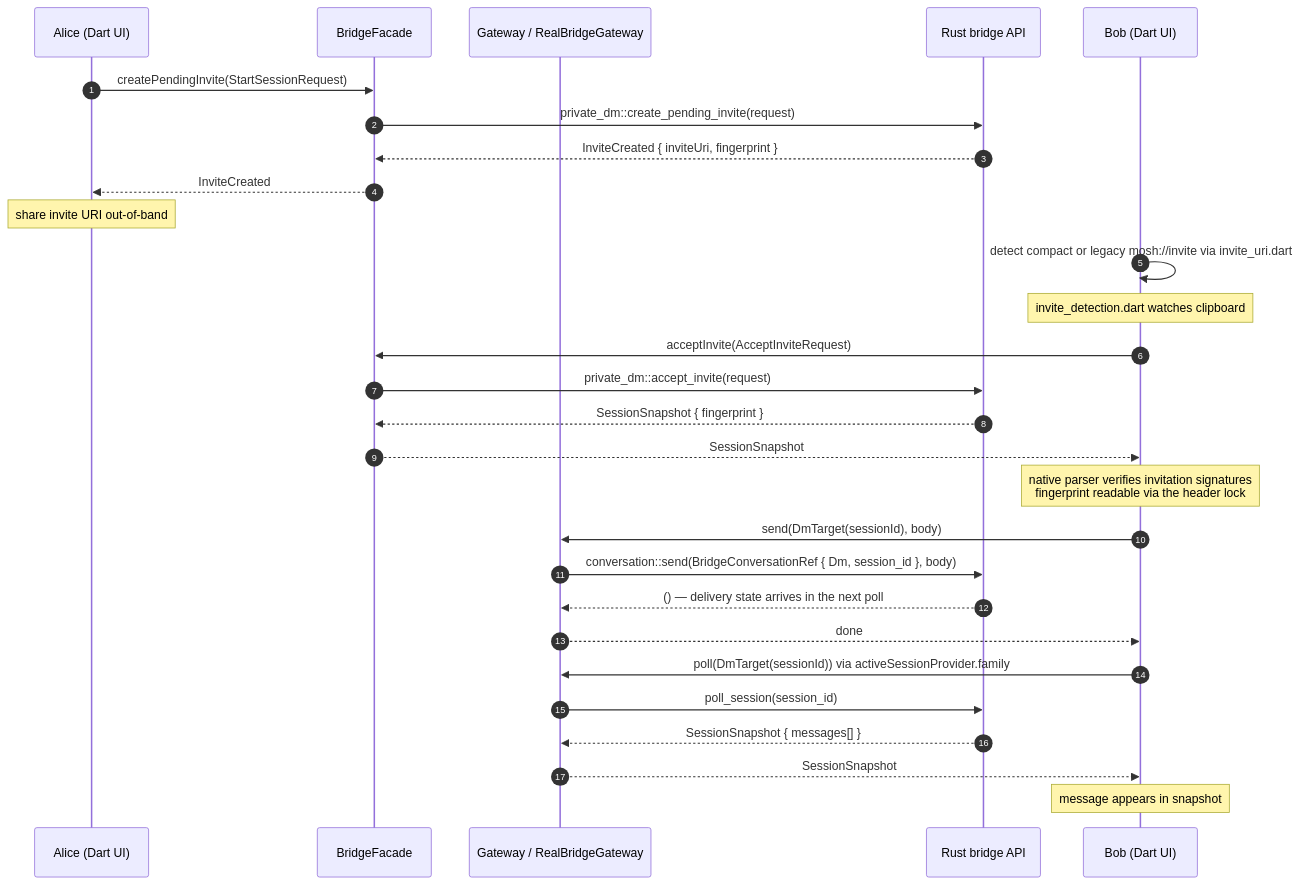
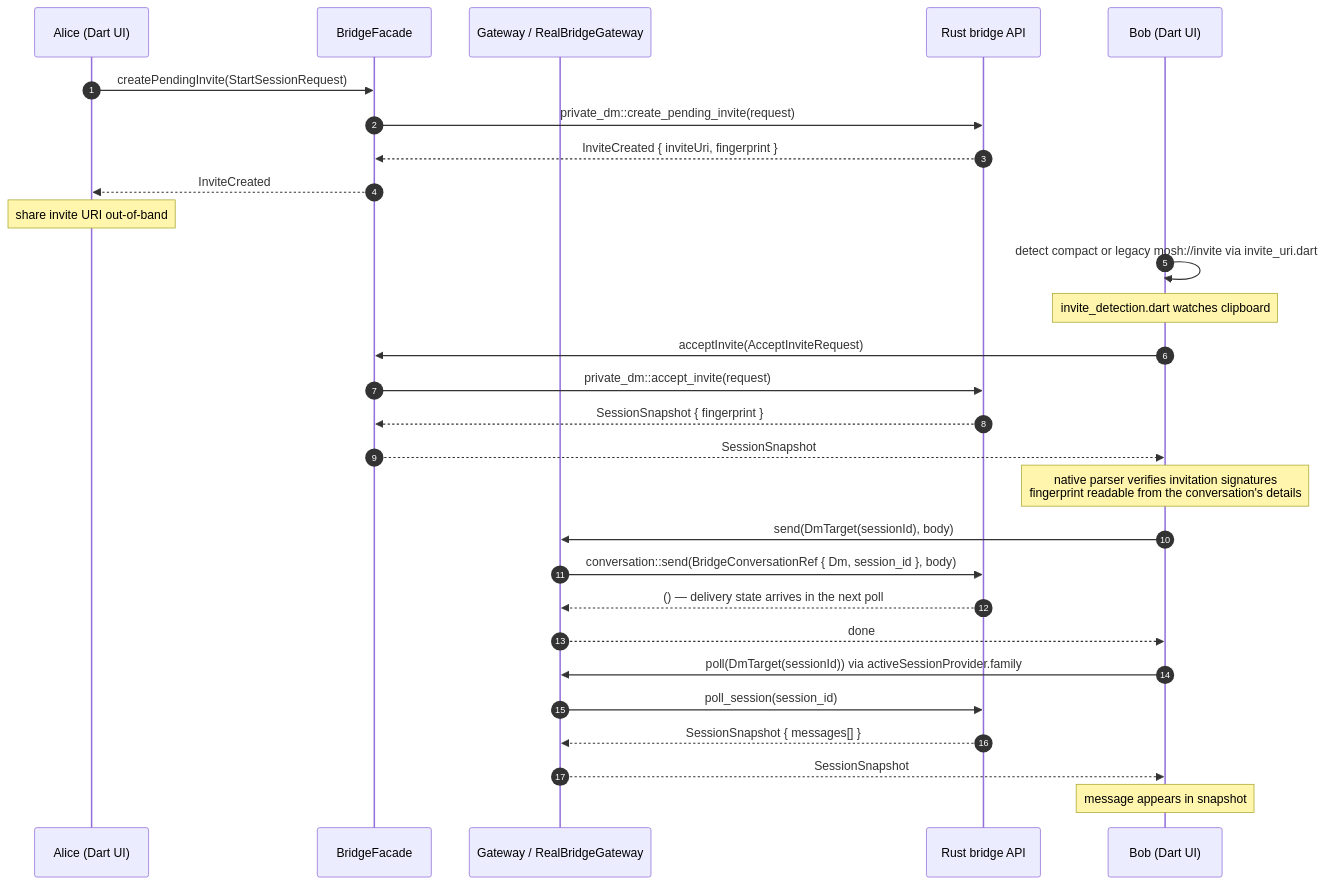
One commit to redstone-md/mosh-flutter changed the first of 5 diagrams in docs/Features/private-dm.md. Above: the diagram before and after it, drawn with Mermaid. The commit also changed other lines of this file and 139 other files, not shown here.

````diff
--- a/docs/Features/private-dm.md
+++ b/docs/Features/private-dm.md
@@ -16,31 +16,31 @@
 ```mermaid
 sequenceDiagram
     autonumber
     participant Alice as Alice (Dart UI)
     participant BF as BridgeFacade
     participant GW as Gateway / RealBridgeGateway
     participant Api as Rust bridge API
     participant Bob as Bob (Dart UI)
 
     Alice->>BF: createPendingInvite(StartSessionRequest)
     BF->>Api: private_dm::create_pending_invite(request)
     Api-->>BF: InviteCreated { inviteUri, fingerprint }
     BF-->>Alice: InviteCreated
     Note over Alice: share invite URI out-of-band
     Bob->>Bob: detect compact or legacy mosh://invite via invite_uri.dart
     Note over Bob: invite_detection.dart watches clipboard
     Bob->>BF: acceptInvite(AcceptInviteRequest)
     BF->>Api: private_dm::accept_invite(request)
     Api-->>BF: SessionSnapshot { fingerprint }
     BF-->>Bob: SessionSnapshot
-    Note over Bob: native parser verifies invitation signatures<br/>fingerprint readable via the header lock
+    Note over Bob: native parser verifies invitation signatures<br/>fingerprint readable from the conversation's details
     Bob->>GW: send(DmTarget(sessionId), body)
     GW->>Api: conversation::send(BridgeConversationRef { Dm, session_id }, body)
     Api-->>GW: () — delivery state arrives in the next poll
     GW-->>Bob: done
     Bob->>GW: poll(DmTarget(sessionId)) via activeSessionProvider.family
     GW->>Api: poll_session(session_id)
     Api-->>GW: SessionSnapshot { messages[] }
     GW-->>Bob: SessionSnapshot
     Note over Bob: message appears in snapshot
 ```
````
